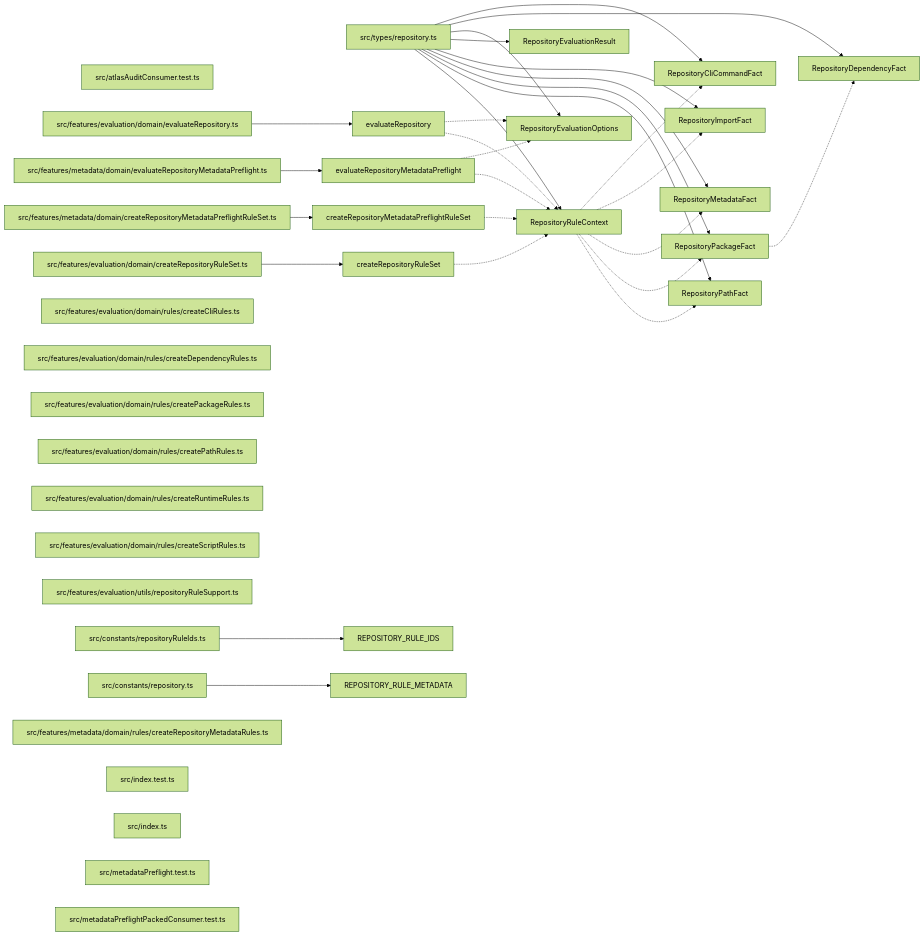
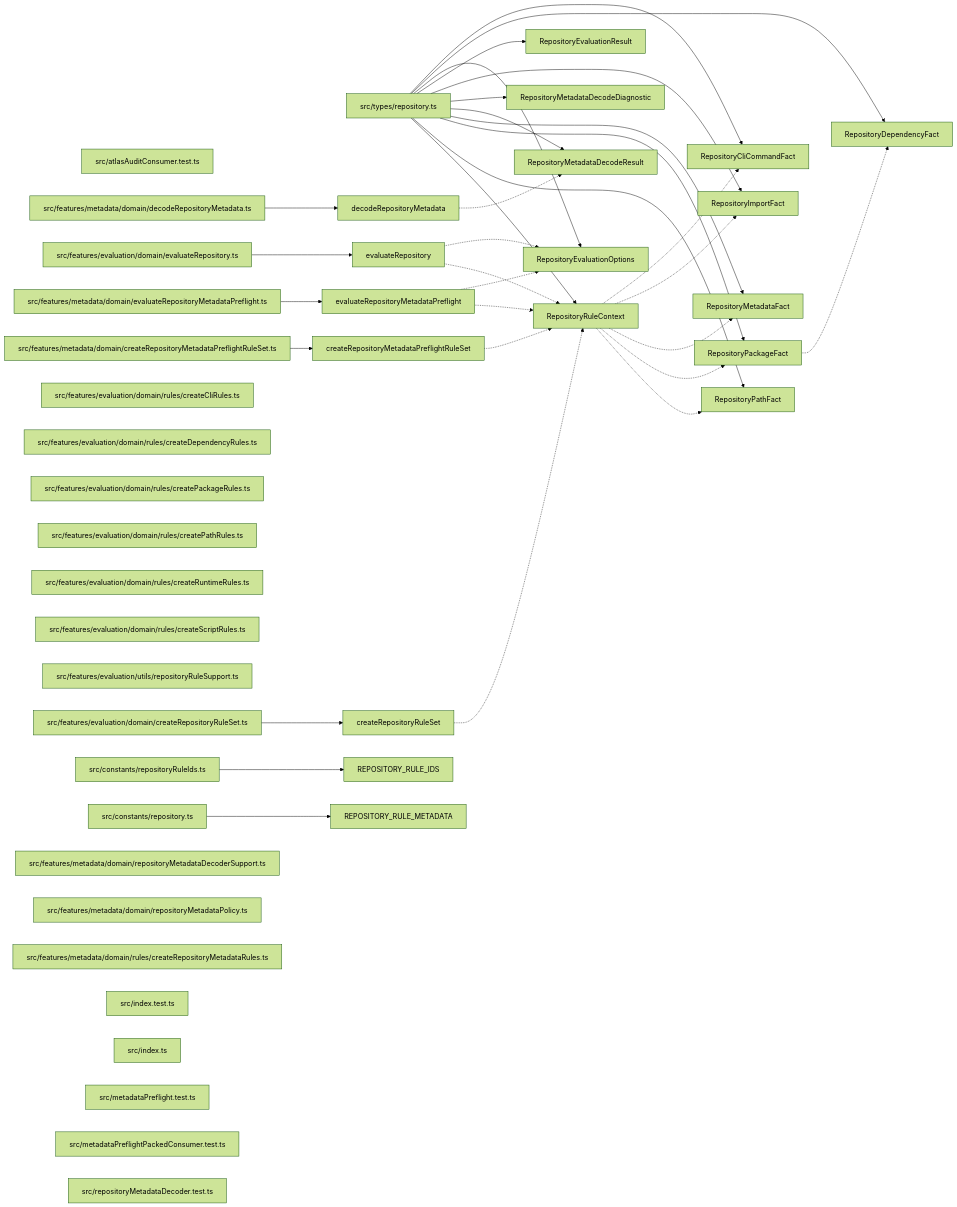
The diagram in paradox/diagrams/export-graph.mmd (ankhorage/rules-repository), drawn with Mermaid (forest theme) before and after one commit. The commit also changed 11 other files, not shown here.

```diff
--- a/paradox/diagrams/export-graph.mmd
+++ b/paradox/diagrams/export-graph.mmd
@@ -1,63 +1,74 @@
 graph LR
   module_src_atlasAuditConsumer_test_ts["src/atlasAuditConsumer.test.ts"]
   module_src_constants_repository_ts["src/constants/repository.ts"]
   module_src_constants_repositoryRuleIds_ts["src/constants/repositoryRuleIds.ts"]
   module_src_features_evaluation_domain_createRepositoryRuleSet_ts["src/features/evaluation/domain/createRepositoryRuleSet.ts"]
   module_src_features_evaluation_domain_evaluateRepository_ts["src/features/evaluation/domain/evaluateRepository.ts"]
   module_src_features_evaluation_domain_rules_createCliRules_ts["src/features/evaluation/domain/rules/createCliRules.ts"]
   module_src_features_evaluation_domain_rules_createDependencyRules_ts["src/features/evaluation/domain/rules/createDependencyRules.ts"]
   module_src_features_evaluation_domain_rules_createPackageRules_ts["src/features/evaluation/domain/rules/createPackageRules.ts"]
   module_src_features_evaluation_domain_rules_createPathRules_ts["src/features/evaluation/domain/rules/createPathRules.ts"]
   module_src_features_evaluation_domain_rules_createRuntimeRules_ts["src/features/evaluation/domain/rules/createRuntimeRules.ts"]
   module_src_features_evaluation_domain_rules_createScriptRules_ts["src/features/evaluation/domain/rules/createScriptRules.ts"]
   module_src_features_evaluation_utils_repositoryRuleSupport_ts["src/features/evaluation/utils/repositoryRuleSupport.ts"]
   module_src_features_metadata_domain_createRepositoryMetadataPreflightRuleSet_ts["src/features/metadata/domain/createRepositoryMetadataPreflightRuleSet.ts"]
+  module_src_features_metadata_domain_decodeRepositoryMetadata_ts["src/features/metadata/domain/decodeRepositoryMetadata.ts"]
   module_src_features_metadata_domain_evaluateRepositoryMetadataPreflight_ts["src/features/metadata/domain/evaluateRepositoryMetadataPreflight.ts"]
+  module_src_features_metadata_domain_repositoryMetadataDecoderSupport_ts["src/features/metadata/domain/repositoryMetadataDecoderSupport.ts"]
+  module_src_features_metadata_domain_repositoryMetadataPolicy_ts["src/features/metadata/domain/repositoryMetadataPolicy.ts"]
   module_src_features_metadata_domain_rules_createRepositoryMetadataRules_ts["src/features/metadata/domain/rules/createRepositoryMetadataRules.ts"]
   module_src_index_test_ts["src/index.test.ts"]
   module_src_index_ts["src/index.ts"]
   module_src_metadataPreflight_test_ts["src/metadataPreflight.test.ts"]
   module_src_metadataPreflightPackedConsumer_test_ts["src/metadataPreflightPackedConsumer.test.ts"]
+  module_src_repositoryMetadataDecoder_test_ts["src/repositoryMetadataDecoder.test.ts"]
   module_src_types_repository_ts["src/types/repository.ts"]
   export_createRepositoryMetadataPreflightRuleSet["createRepositoryMetadataPreflightRuleSet"]
   module_src_features_metadata_domain_createRepositoryMetadataPreflightRuleSet_ts --> export_createRepositoryMetadataPreflightRuleSet
   export_createRepositoryMetadataPreflightRuleSet -.-> export_RepositoryRuleContext
   export_createRepositoryRuleSet["createRepositoryRuleSet"]
   module_src_features_evaluation_domain_createRepositoryRuleSet_ts --> export_createRepositoryRuleSet
   export_createRepositoryRuleSet -.-> export_RepositoryRuleContext
+  export_decodeRepositoryMetadata["decodeRepositoryMetadata"]
+  module_src_features_metadata_domain_decodeRepositoryMetadata_ts --> export_decodeRepositoryMetadata
+  export_decodeRepositoryMetadata -.-> export_RepositoryMetadataDecodeResult
   export_evaluateRepository["evaluateRepository"]
   module_src_features_evaluation_domain_evaluateRepository_ts --> export_evaluateRepository
   export_evaluateRepository -.-> export_RepositoryEvaluationOptions
   export_evaluateRepository -.-> export_RepositoryRuleContext
   export_evaluateRepositoryMetadataPreflight["evaluateRepositoryMetadataPreflight"]
   module_src_features_metadata_domain_evaluateRepositoryMetadataPreflight_ts --> export_evaluateRepositoryMetadataPreflight
   export_evaluateRepositoryMetadataPreflight -.-> export_RepositoryEvaluationOptions
   export_evaluateRepositoryMetadataPreflight -.-> export_RepositoryRuleContext
   export_REPOSITORY_RULE_IDS["REPOSITORY_RULE_IDS"]
   module_src_constants_repositoryRuleIds_ts --> export_REPOSITORY_RULE_IDS
   export_REPOSITORY_RULE_METADATA["REPOSITORY_RULE_METADATA"]
   module_src_constants_repository_ts --> export_REPOSITORY_RULE_METADATA
   export_RepositoryCliCommandFact["RepositoryCliCommandFact"]
   module_src_types_repository_ts --> export_RepositoryCliCommandFact
   export_RepositoryDependencyFact["RepositoryDependencyFact"]
   module_src_types_repository_ts --> export_RepositoryDependencyFact
   export_RepositoryEvaluationOptions["RepositoryEvaluationOptions"]
   module_src_types_repository_ts --> export_RepositoryEvaluationOptions
   export_RepositoryEvaluationResult["RepositoryEvaluationResult"]
   module_src_types_repository_ts --> export_RepositoryEvaluationResult
   export_RepositoryImportFact["RepositoryImportFact"]
   module_src_types_repository_ts --> export_RepositoryImportFact
+  export_RepositoryMetadataDecodeDiagnostic["RepositoryMetadataDecodeDiagnostic"]
+  module_src_types_repository_ts --> export_RepositoryMetadataDecodeDiagnostic
+  export_RepositoryMetadataDecodeResult["RepositoryMetadataDecodeResult"]
+  module_src_types_repository_ts --> export_RepositoryMetadataDecodeResult
   export_RepositoryMetadataFact["RepositoryMetadataFact"]
   module_src_types_repository_ts --> export_RepositoryMetadataFact
   export_RepositoryPackageFact["RepositoryPackageFact"]
   module_src_types_repository_ts --> export_RepositoryPackageFact
   export_RepositoryPackageFact -.-> export_RepositoryDependencyFact
   export_RepositoryPathFact["RepositoryPathFact"]
   module_src_types_repository_ts --> export_RepositoryPathFact
   export_RepositoryRuleContext["RepositoryRuleContext"]
   module_src_types_repository_ts --> export_RepositoryRuleContext
   export_RepositoryRuleContext -.-> export_RepositoryCliCommandFact
   export_RepositoryRuleContext -.-> export_RepositoryImportFact
   export_RepositoryRuleContext -.-> export_RepositoryMetadataFact
   export_RepositoryRuleContext -.-> export_RepositoryPackageFact
   export_RepositoryRuleContext -.-> export_RepositoryPathFact
```
